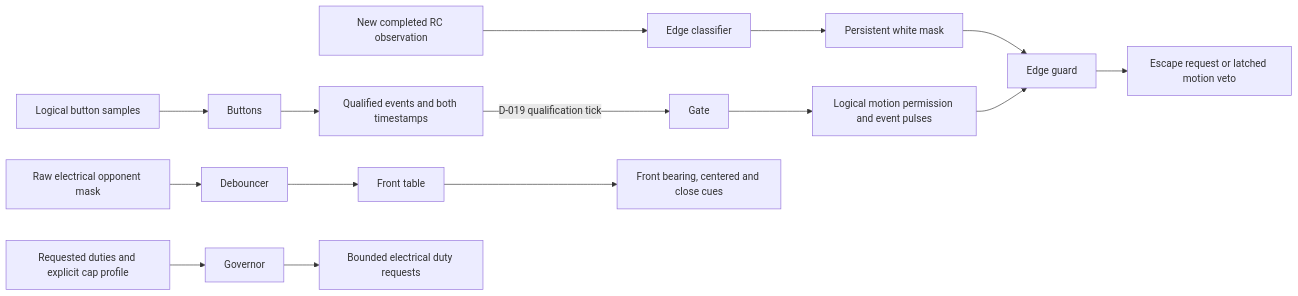
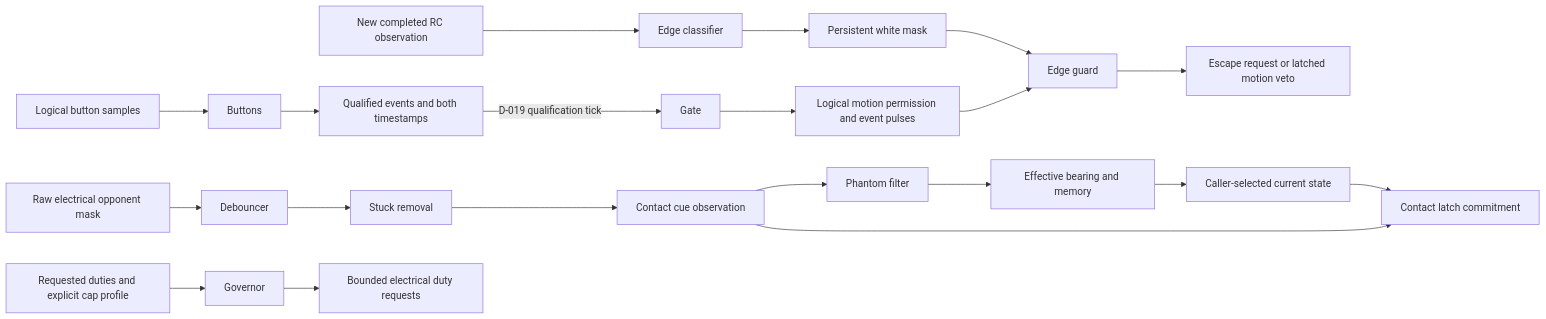
One commit to kaz4n/techbots_Sumo_Robots changed the first of 2 diagrams in docs/ARCHITECTURE.md. Above: the diagram before and after it, drawn with Mermaid. The commit also changed other lines of this file and 11 other files, not shown here.

````diff
--- a/docs/ARCHITECTURE.md
+++ b/docs/ARCHITECTURE.md
@@ -44,17 +45,22 @@
 ```mermaid
 flowchart LR
     L[Logical button samples] --> B[Buttons]
     B --> E[Qualified events and both timestamps]
     E -->|D-019 qualification tick| G[Gate]
     G --> P[Logical motion permission and event pulses]
     Q[New completed RC observation] --> W[Edge classifier]
     W --> M[Persistent white mask]
     M --> EG[Edge guard]
     P --> EG
     EG --> EV[Escape request or latched motion veto]
     R[Raw electrical opponent mask] --> D[Debouncer]
-    D --> F[Front table]
-    F --> V[Front bearing, centered and close cues]
+    D --> SF[Stuck removal]
+    SF --> CQ[Contact cue observation]
+    CQ --> PH[Phantom filter]
+    PH --> BM[Effective bearing and memory]
+    BM --> AR[Caller-selected current state]
+    AR --> CC[Contact latch commitment]
+    CQ --> CC
     A[Requested duties and explicit cap profile] --> S[Governor]
     S --> O[Bounded electrical duty requests]
 ```
````
